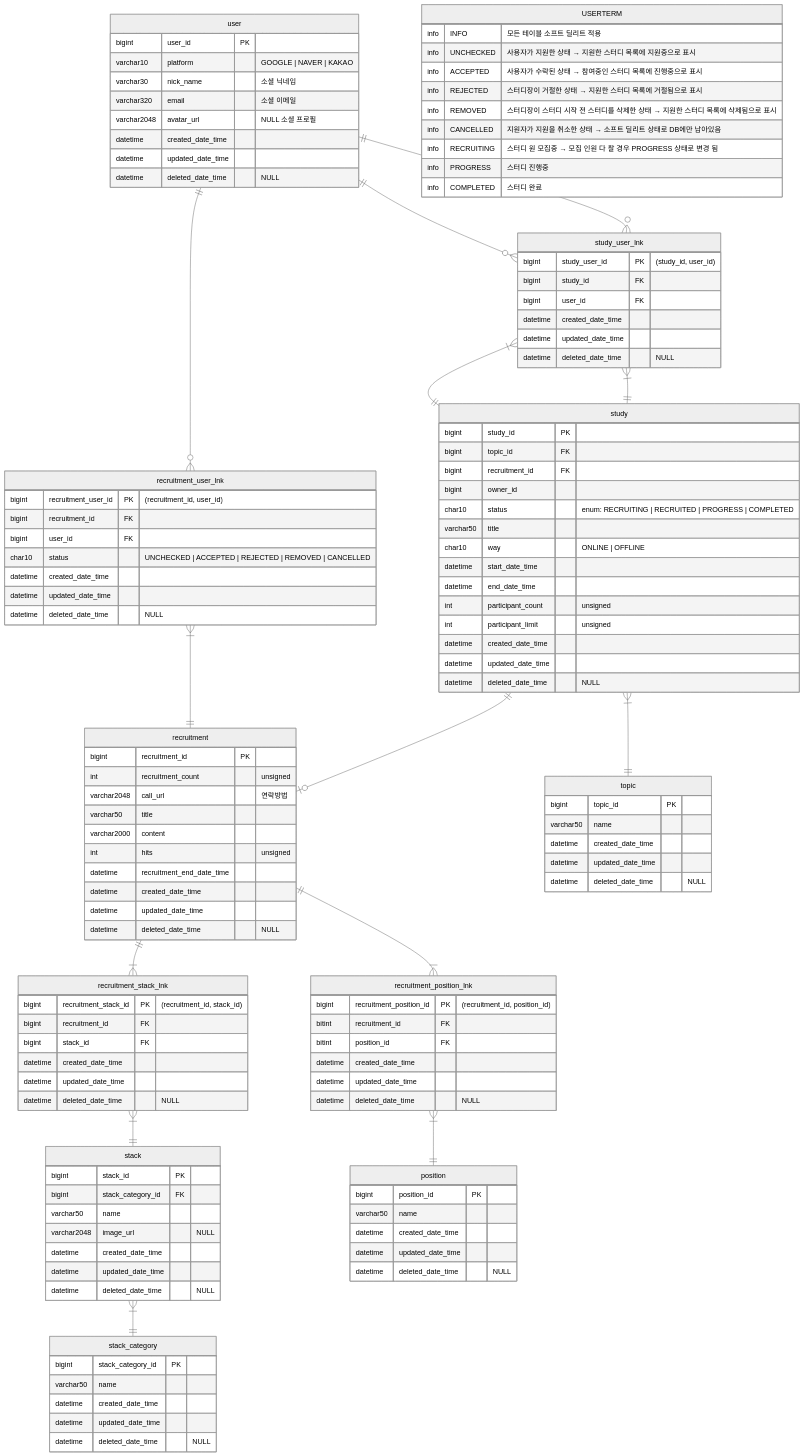
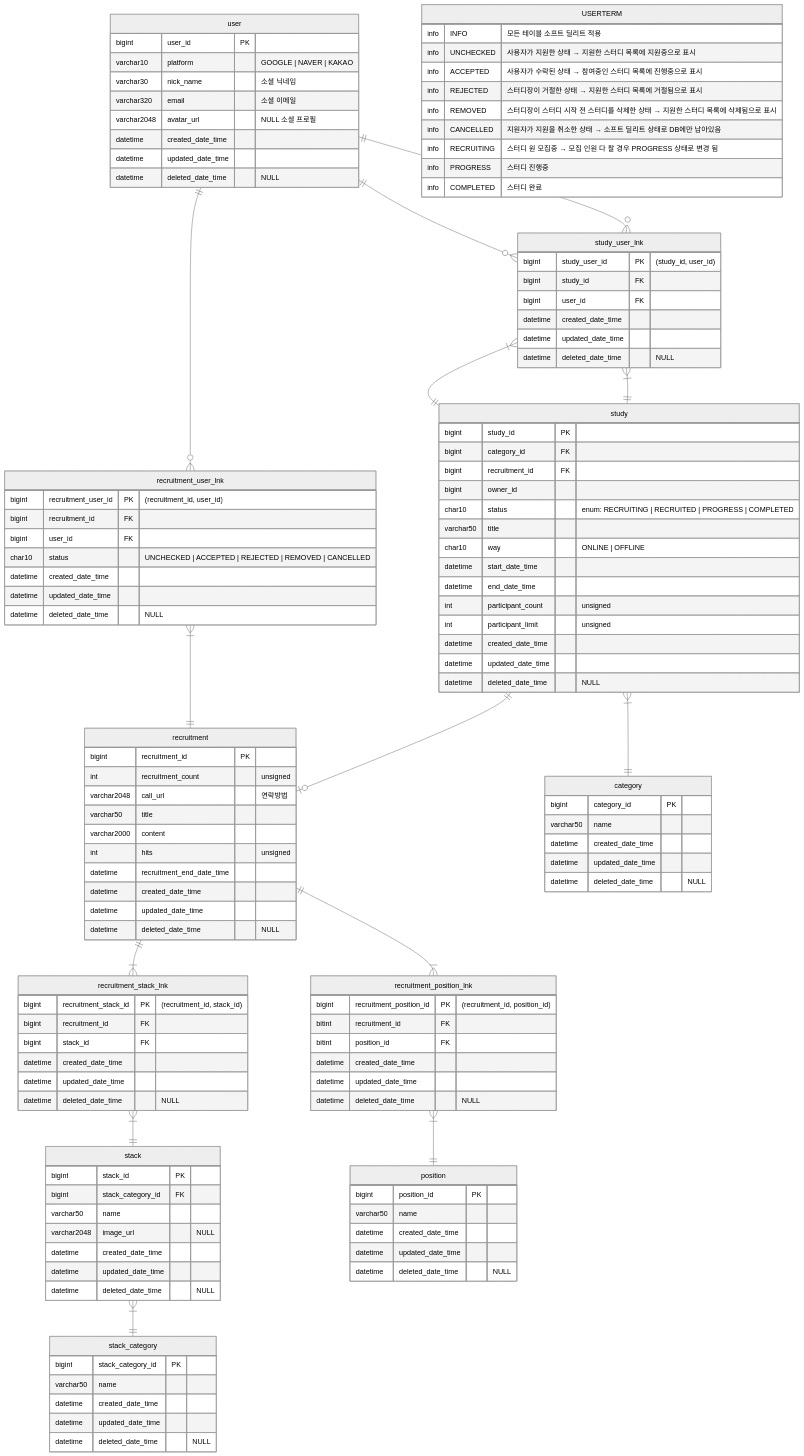
The diagram in docs/erd.md (Ludo-SMP/ludo-backend), drawn with Mermaid before and after one commit. The commit also changed other lines of this file, not shown here.

Commit message:
docs: update erd docs

```diff
--- a/docs/erd.md
+++ b/docs/erd.md
@@ -149,20 +116,20 @@
 
     user ||--o{ recruitment_user_lnk: ""
     recruitment_user_lnk }|--|| recruitment: ""
-    
-    user ||--o{ study_user_lnk: ""
-    study_user_lnk }|--|| study: ""
-    
+
     user ||--o{ study_user_lnk: ""
     study_user_lnk }|--|| study: ""
 
-    study }|--|| topic: ""
+    user ||--o{ study_user_lnk: ""
+    study_user_lnk }|--|| study: ""
+
+    study }|--|| category: ""
     study ||--o| recruitment: ""
 
     recruitment ||--|{ recruitment_stack_lnk: ""
     recruitment_stack_lnk }|--|| stack: ""
     stack }|--|| stack_category: ""
-    
+
     recruitment ||--|{ recruitment_position_lnk: ""
     recruitment_position_lnk }|--|| position: ""
 
@@ -179,7 +146,7 @@
 
     study {
         bigint study_id PK
-        bigint topic_id FK
+        bigint category_id FK
         bigint recruitment_id FK
         bigint owner_id
 
@@ -228,8 +195,8 @@
         datetime deleted_date_time "NULL"
     }
 
-    topic {
-        bigint topic_id PK
+    category {
+        bigint category_id PK
         varchar50 name
         datetime created_date_time
         datetime updated_date_time
@@ -279,7 +246,7 @@
         datetime updated_date_time
         datetime deleted_date_time "NULL"
     }
-    
+
     USERTERM {
         info INFO "모든 테이블 소프트 딜리트 적용"
         info UNCHECKED "사용자가 지원한 상태 → 지원한 스터디 목록에 지원중으로 표시"
```
